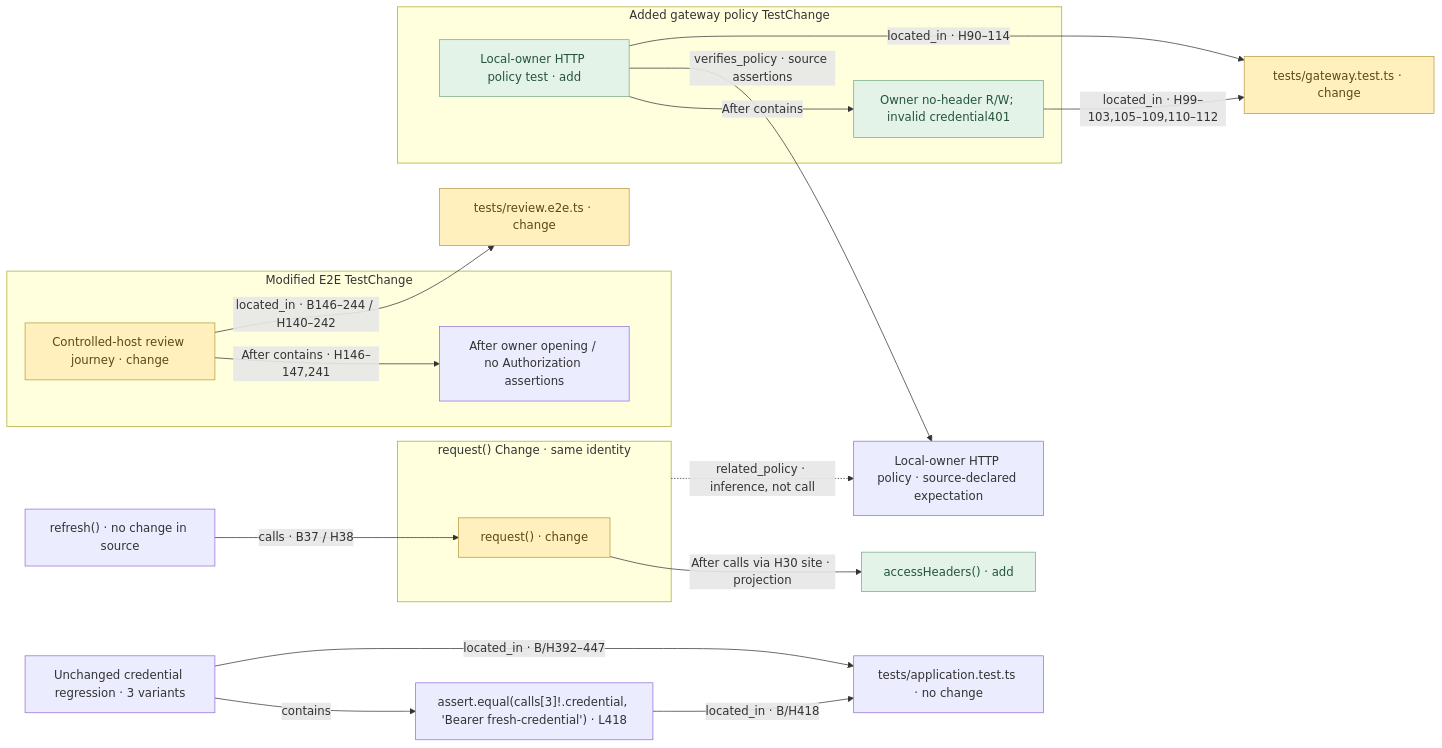
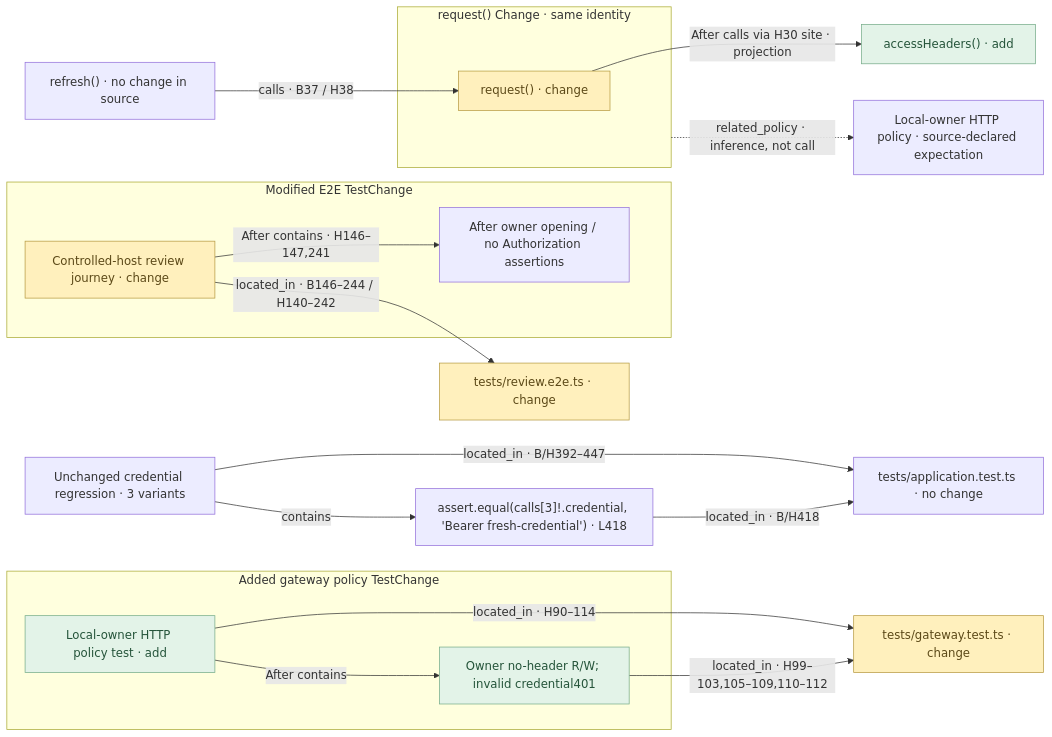
The second of 2 diagrams in docs/product/project-repository-abox-pr25.md (scottchu/pr-reviewer), drawn with Mermaid before and after one commit. The commit also changed other lines of this file and 8 other files, not shown here.

````diff
--- a/docs/product/project-repository-abox-pr25.md
+++ b/docs/product/project-repository-abox-pr25.md
@@ -148,38 +148,37 @@
 ```mermaid
 flowchart LR
   subgraph change["request() Change · same identity"]
     request["request() · change"]
   end
   refresh["refresh() · no change in source"]
   helper["accessHeaders() · add"]
   refresh -->|"calls · B37 / H38"| request
   request -->|"After calls via H30 site · projection"| helper
   appTest["Unchanged credential regression · 3 variants"]
   appAssertion["assert.equal(calls[3]!.credential, 'Bearer fresh-credential') · L418"]
   appFile["tests/application.test.ts · no change"]
   appTest -->|"contains"| appAssertion
   appTest -->|"located_in · B/H392–447"| appFile
   appAssertion -->|"located_in · B/H418"| appFile
   subgraph e2eChange["Modified E2E TestChange"]
     e2e["Controlled-host review journey · change"]
     e2eAssertion["After owner opening / no Authorization assertions"]
     e2e -->|"After contains · H146–147,241"| e2eAssertion
   end
   e2eFile["tests/review.e2e.ts · change"]
   e2e -->|"located_in · B146–244 / H140–242"| e2eFile
   subgraph gatewayChange["Added gateway policy TestChange"]
     gatewayTest["Local-owner HTTP policy test · add"]
     gatewayAssertion["Owner no-header R/W; invalid credential401"]
     gatewayTest -->|"After contains"| gatewayAssertion
   end
   gatewayFile["tests/gateway.test.ts · change"]
   policy["Local-owner HTTP policy · source-declared expectation"]
-  gatewayTest -->|"verifies_policy · source assertions"| policy
   gatewayTest -->|"located_in · H90–114"| gatewayFile
   gatewayAssertion -->|"located_in · H99–103,105–109,110–112"| gatewayFile
   change -.->|"related_policy · inference, not call"| policy
   classDef changed fill:#fff0bd,stroke:#b79b43,color:#5c4918
   classDef added fill:#e3f3e8,stroke:#76ac89,color:#25543a
   class request,e2e,e2eFile,gatewayFile changed
   class helper,gatewayTest,gatewayAssertion added
 ```
````
